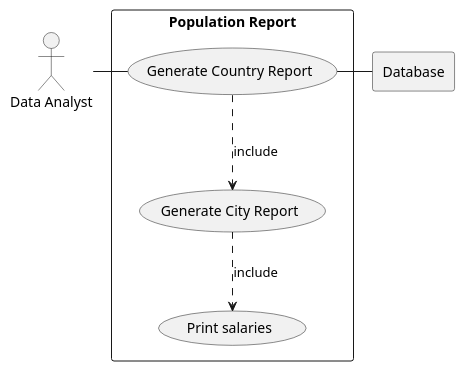
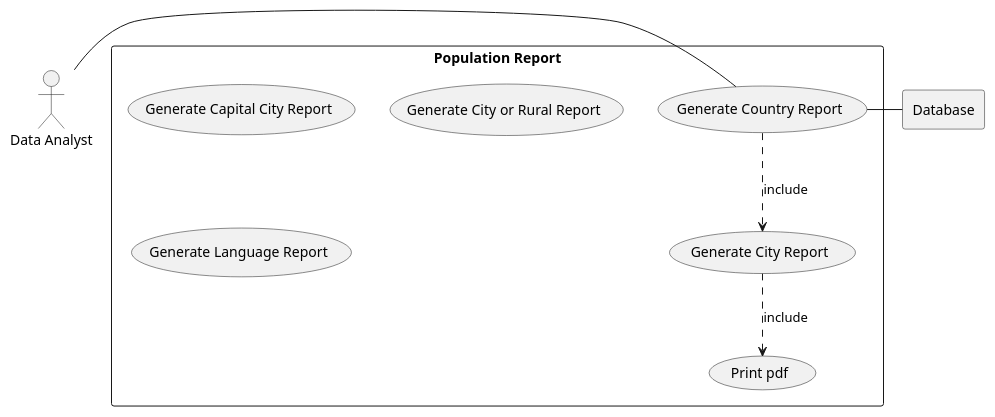
One commit to TDiggens/group-2-project changed the diagram in Use Case Diagram Population Report.puml. Above: the diagram before and after it, drawn with PlantUML.

Commit message:
generated reports

```diff
--- a/Use Case Diagram Population Report.puml
+++ b/Use Case Diagram Population Report.puml
@@ -1,20 +1,26 @@
 @startuml
 
 actor DA as "Data Analyst"
 
 rectangle Database
 
 rectangle "Population Report" {
     usecase UC1 as "Generate Country Report"
 
     usecase UC2 as "Generate City Report"
 
-    usecase UCa as "Print salaries"
+    usecase UC3 as "Generate Capital City Report"
+
+    usecase UC4 as "Generate City or Rural Report"
+
+    usecase UC5 as "Generate Language Report"
+
+    usecase UCa as "Print pdf"
 
     DA - UC1
     UC1 ..>UC2 : include
     UC2 ..>UCa : include
     UC1 - Database
 }
 
 @enduml
```
